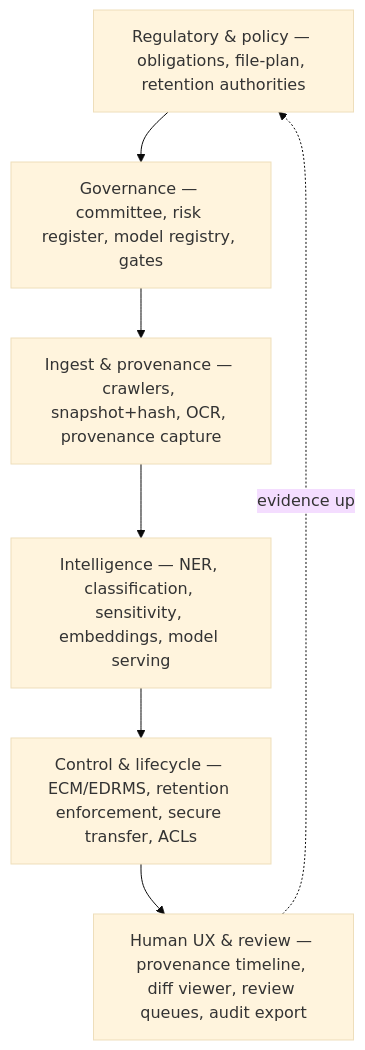
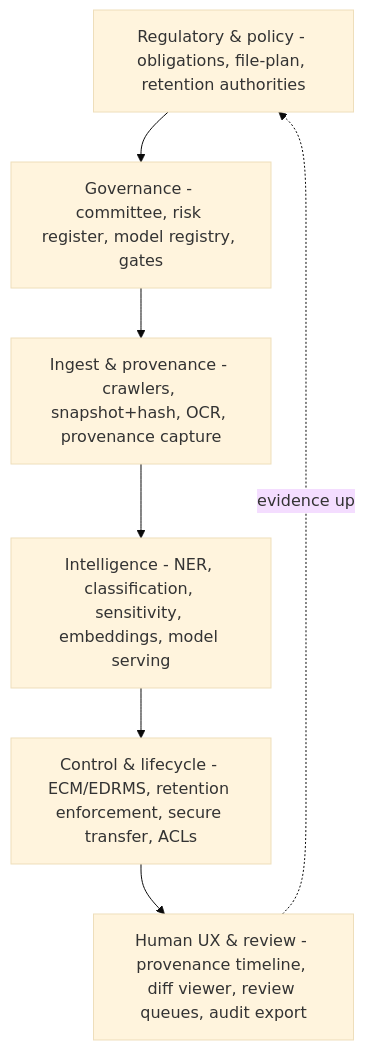
Before and after one commit to ArchiveHeritageGroup/heratio: the second of 10 diagrams in docs/ai-rm-framework/diagrams.md, drawn with Mermaid (base theme). The commit also changed other lines of this file and 6 other files, not shown here.

````diff
--- a/docs/ai-rm-framework/diagrams.md
+++ b/docs/ai-rm-framework/diagrams.md
@@ -35,11 +35,11 @@
 ```mermaid
 flowchart TB
-  L1["Regulatory & policy — obligations, file-plan, retention authorities"]
-  L2["Governance — committee, risk register, model registry, gates"]
-  L3["Ingest & provenance — crawlers, snapshot+hash, OCR, provenance capture"]
-  L4["Intelligence — NER, classification, sensitivity, embeddings, model serving"]
-  L5["Control & lifecycle — ECM/EDRMS, retention enforcement, secure transfer, ACLs"]
-  L6["Human UX & review — provenance timeline, diff viewer, review queues, audit export"]
+  L1["Regulatory & policy - obligations, file-plan, retention authorities"]
+  L2["Governance - committee, risk register, model registry, gates"]
+  L3["Ingest & provenance - crawlers, snapshot+hash, OCR, provenance capture"]
+  L4["Intelligence - NER, classification, sensitivity, embeddings, model serving"]
+  L5["Control & lifecycle - ECM/EDRMS, retention enforcement, secure transfer, ACLs"]
+  L6["Human UX & review - provenance timeline, diff viewer, review queues, audit export"]
   L1 --> L2 --> L3 --> L4 --> L5 --> L6
   L6 -. "evidence up" .-> L1
 ```
````
